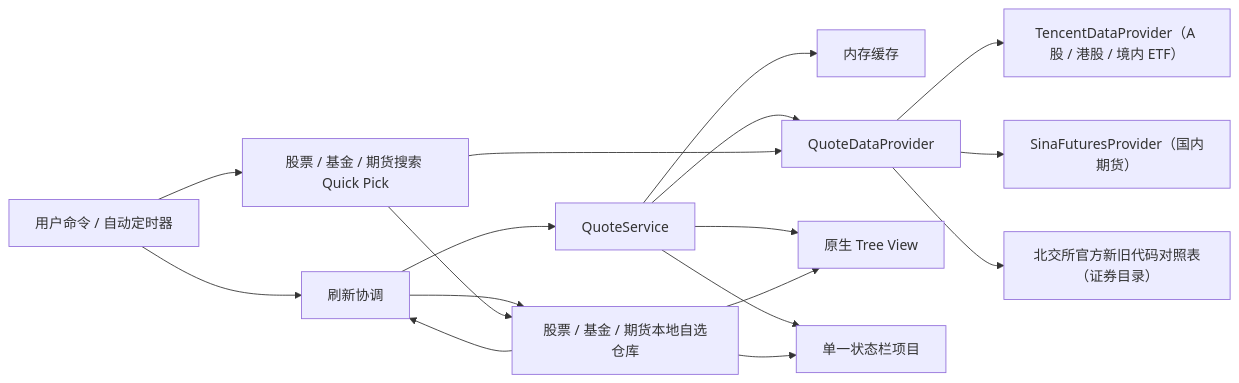
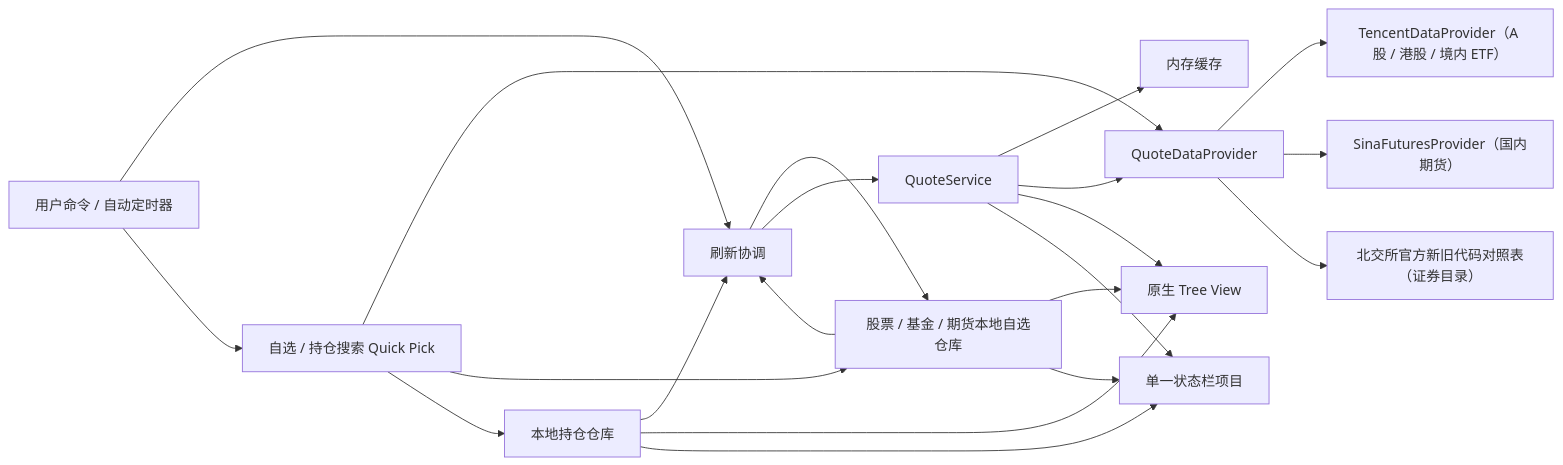
The diagram in docs/architecture.md (JSbiu/FishStock), drawn with Mermaid before and after one commit. The commit also changed other lines of this file and 25 other files, not shown here.

````diff
--- a/docs/architecture.md
+++ b/docs/architecture.md
@@ -37,19 +39,23 @@
 ```mermaid
 flowchart LR
     U["用户命令 / 自动定时器"] --> R["刷新协调"]
     R --> W["股票 / 基金 / 期货本地自选仓库"]
+    H["本地持仓仓库"] --> R
     W --> R
     R --> Q["QuoteService"]
     Q --> C["内存缓存"]
     Q --> P["QuoteDataProvider"]
     P --> M["TencentDataProvider（A 股 / 港股 / 境内 ETF）"]
     P --> F["SinaFuturesProvider（国内期货）"]
     P --> B["北交所官方新旧代码对照表（证券目录）"]
-    U --> A["股票 / 基金 / 期货搜索 Quick Pick"]
+    U --> A["自选 / 持仓搜索 Quick Pick"]
     A --> P
     A --> W
+    A --> H
     Q --> T["原生 Tree View"]
     Q --> S["单一状态栏项目"]
     W --> T
     W --> S
+    H --> T
+    H --> S
 ```
````
